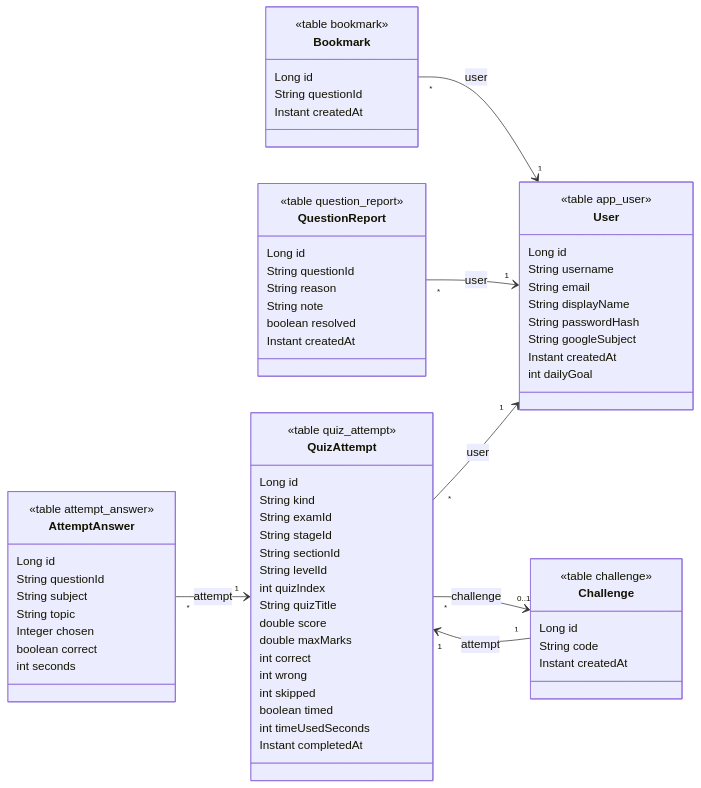
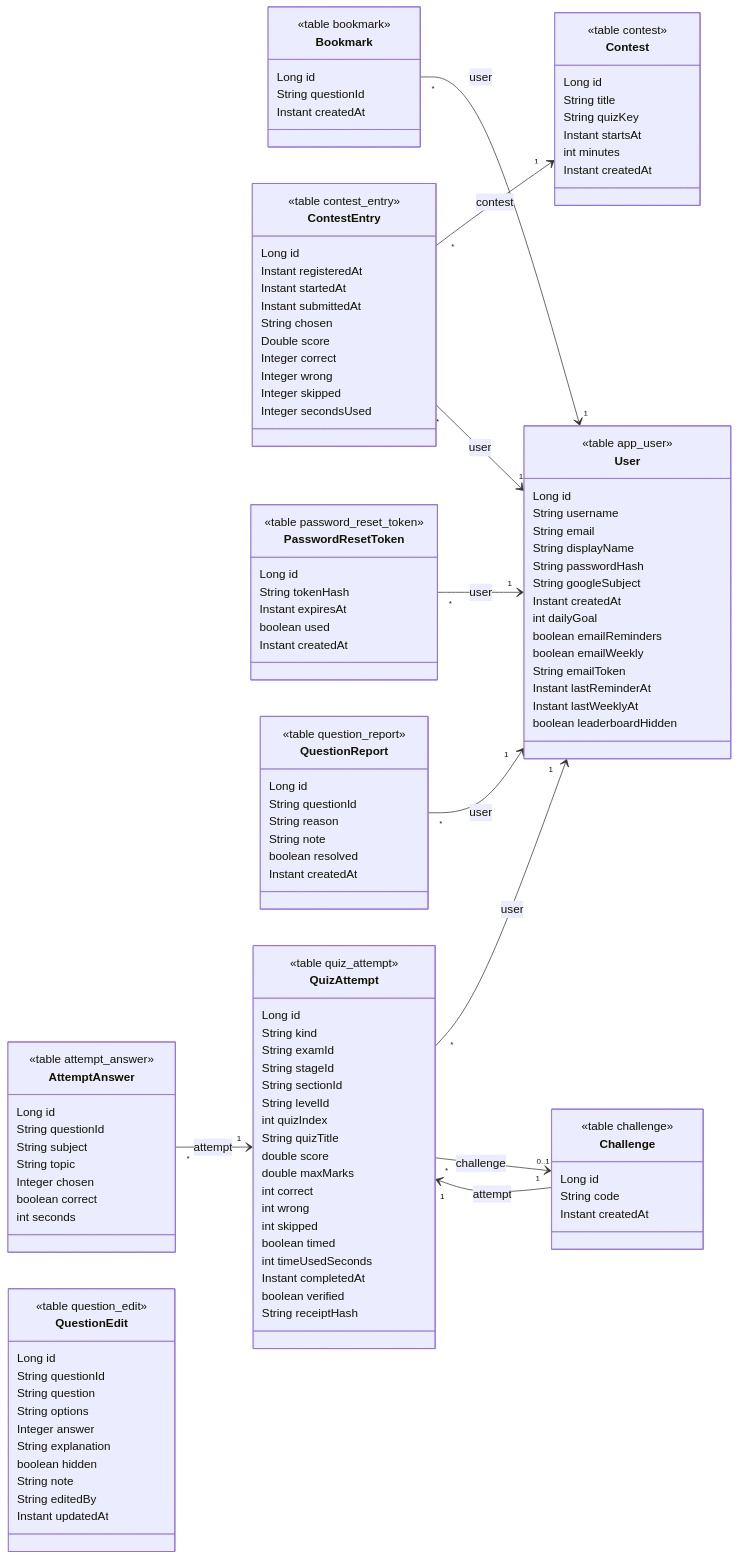
One commit to vinaynesta/QuizVerse changed the fourth of 9 diagrams in docs/ARCHITECTURE.md. Above: the diagram before and after it, drawn with Mermaid. The commit also changed other lines of this file and 677 other files, not shown here.

```diff
--- a/docs/ARCHITECTURE.md
+++ b/docs/ARCHITECTURE.md
@@ -284,6 +402,49 @@
         Long id
         String code
         Instant createdAt
+    }
+    class Contest {
+        <<table contest>>
+        Long id
+        String title
+        String quizKey
+        Instant startsAt
+        int minutes
+        Instant createdAt
+    }
+    class ContestEntry {
+        <<table contest_entry>>
+        Long id
+        Instant registeredAt
+        Instant startedAt
+        Instant submittedAt
+        String chosen
+        Double score
+        Integer correct
+        Integer wrong
+        Integer skipped
+        Integer secondsUsed
+    }
+    class PasswordResetToken {
+        <<table password_reset_token>>
+        Long id
+        String tokenHash
+        Instant expiresAt
+        boolean used
+        Instant createdAt
+    }
+    class QuestionEdit {
+        <<table question_edit>>
+        Long id
+        String questionId
+        String question
+        String options
+        Integer answer
+        String explanation
+        boolean hidden
+        String note
+        String editedBy
+        Instant updatedAt
     }
     class QuestionReport {
         <<table question_report>>
@@ -312,6 +473,8 @@
         boolean timed
         int timeUsedSeconds
         Instant completedAt
+        boolean verified
+        String receiptHash
     }
     class User {
         <<table app_user>>
@@ -323,10 +486,19 @@
         String googleSubject
         Instant createdAt
         int dailyGoal
+        boolean emailReminders
+        boolean emailWeekly
+        String emailToken
+        Instant lastReminderAt
+        Instant lastWeeklyAt
+        boolean leaderboardHidden
     }
     AttemptAnswer "*" --> "1" QuizAttempt : attempt
     Bookmark "*" --> "1" User : user
     Challenge "1" --> "1" QuizAttempt : attempt
+    ContestEntry "*" --> "1" Contest : contest
+    ContestEntry "*" --> "1" User : user
+    PasswordResetToken "*" --> "1" User : user
     QuestionReport "*" --> "1" User : user
     QuizAttempt "*" --> "1" User : user
     QuizAttempt "*" --> "0..1" Challenge : challenge
```
